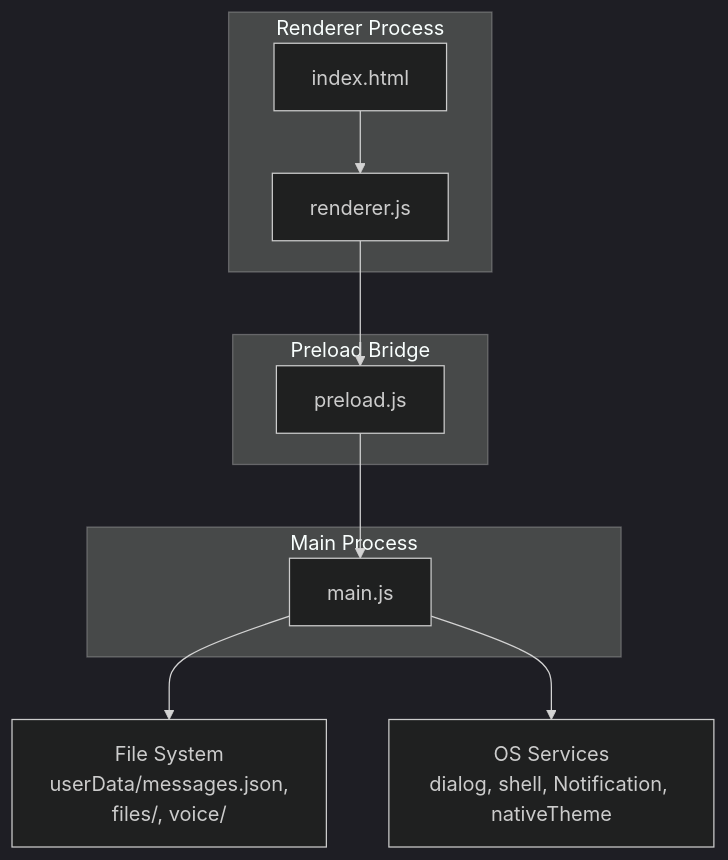
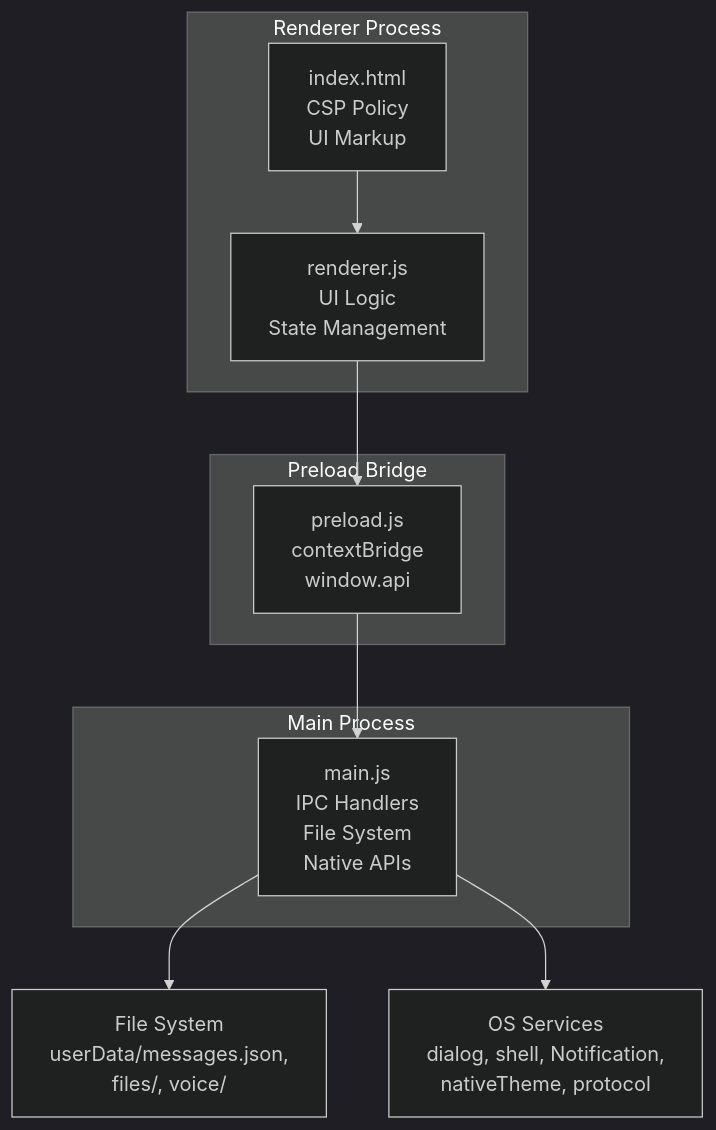
The first of 7 diagrams in .qoder/repowiki/en/content/Architecture Overview.md (Annguyen0410/Personal-Messenger-Like-Storage-), drawn with Mermaid (dark theme) before and after one commit. The commit also changed other lines of this file and 19 other files, not shown here.

````diff
--- a/.qoder/repowiki/en/content/Architecture Overview.md
+++ b/.qoder/repowiki/en/content/Architecture Overview.md
@@ -35,20 +46,20 @@
 ```mermaid
 graph TB
 subgraph "Main Process"
-M["main.js"]
+M["main.js<br/>IPC Handlers<br/>File System<br/>Native APIs"]
 end
 subgraph "Preload Bridge"
-P["preload.js"]
+P["preload.js<br/>contextBridge<br/>window.api"]
 end
 subgraph "Renderer Process"
-R["renderer.js"]
-H["index.html"]
+R["renderer.js<br/>UI Logic<br/>State Management"]
+H["index.html<br/>CSP Policy<br/>UI Markup"]
 end
 FS["File System<br/>userData/messages.json,<br/>files/, voice/"]
-OS["OS Services<br/>dialog, shell, Notification, nativeTheme"]
+OS["OS Services<br/>dialog, shell, Notification,<br/>nativeTheme, protocol"]
 H --> R
 R --> P
 P --> M
 M --> FS
 M --> OS
 ```
````
